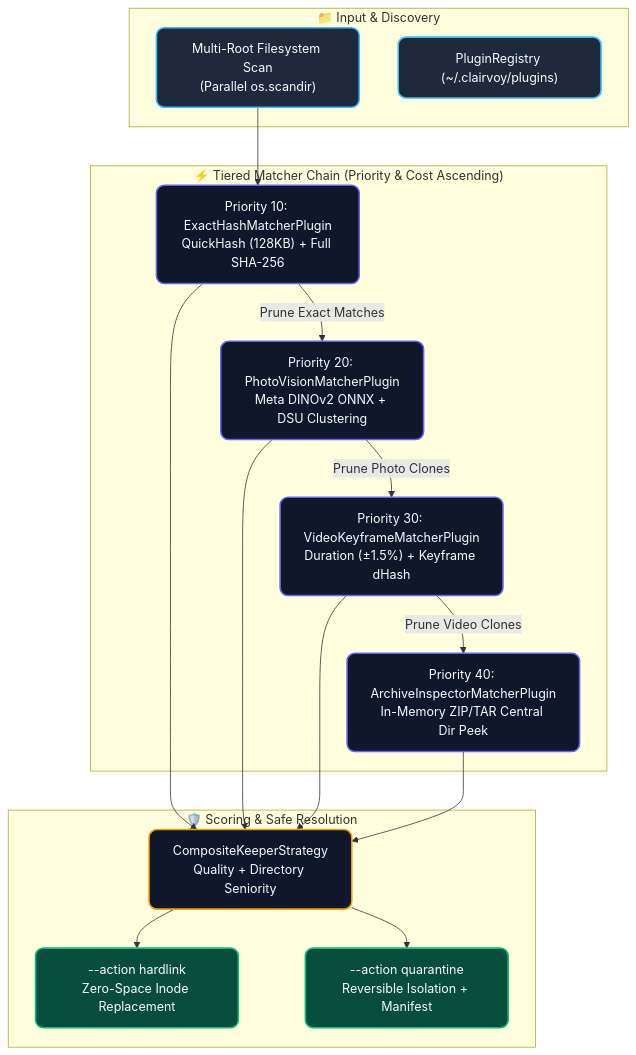
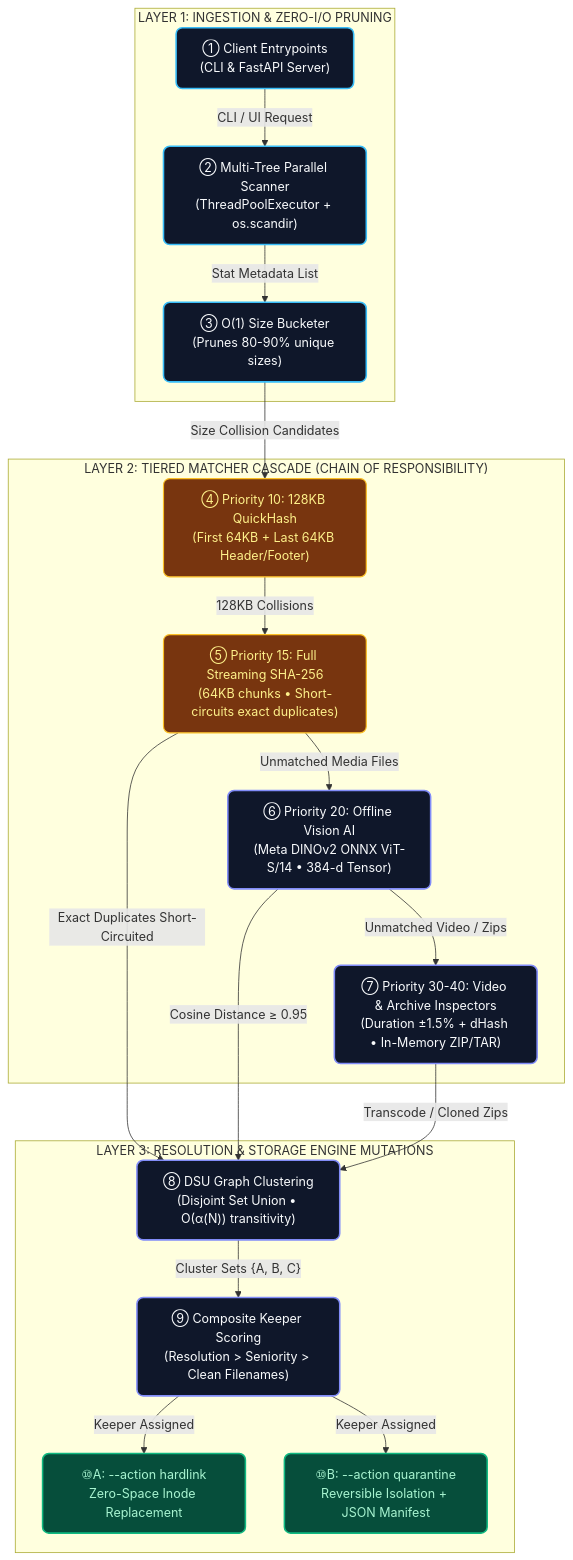
The diagram in README.md (shubhamshah207/clairvoy), drawn with Mermaid before and after one commit. The commit also changed other lines of this file and 17 other files, not shown here.

Commit message:
feat(docs): upgrade to ByteByteGo-style architecture diagram & authentic Playwright screenshots

````diff
--- a/README.md
+++ b/README.md
@@ -79,33 +79,41 @@
 ```mermaid
 graph TD
-    classDef inputStyle fill:#1e293b,stroke:#38bdf8,stroke-width:2px,color:#f8fafc,rx:10px;
-    classDef matcherStyle fill:#0f172a,stroke:#6366f1,stroke-width:2px,color:#f8fafc,rx:10px;
-    classDef keeperStyle fill:#0f172a,stroke:#f59e0b,stroke-width:2px,color:#f8fafc,rx:10px;
-    classDef actionStyle fill:#064e3b,stroke:#10b981,stroke-width:2px,color:#f8fafc,rx:10px;
+    classDef layer1 fill:#0f172a,stroke:#38bdf8,stroke-width:2px,color:#f8fafc,rx:8px;
+    classDef layer2 fill:#0f172a,stroke:#818cf8,stroke-width:2px,color:#f8fafc,rx:8px;
+    classDef layer3 fill:#0f172a,stroke:#34d399,stroke-width:2px,color:#f8fafc,rx:8px;
+    classDef amberBadge fill:#78350f,stroke:#fbbf24,stroke-width:1.5px,color:#fef08a,rx:8px;
+    classDef actionBadge fill:#064e3b,stroke:#10b981,stroke-width:2px,color:#a7f3d0,rx:8px;
 
-    subgraph INGESTION ["📁 Input & Discovery"]
-        Input["Multi-Root Filesystem Scan<br/>(Parallel os.scandir)"]:::inputStyle
-        Registry["PluginRegistry (~/.clairvoy/plugins)"]:::inputStyle
+    subgraph L1 ["LAYER 1: INGESTION & ZERO-I/O PRUNING"]
+        S1["① Client Entrypoints<br/>(CLI & FastAPI Server)"]:::layer1
+        S2["② Multi-Tree Parallel Scanner<br/>(ThreadPoolExecutor + os.scandir)"]:::layer1
+        S3["③ O(1) Size Bucketer<br/>(Prunes 80-90% unique sizes)"]:::layer1
     end
 
-    subgraph PIPELINE ["⚡ Tiered Matcher Chain (Priority & Cost Ascending)"]
-        M1["Priority 10: ExactHashMatcherPlugin<br/>QuickHash (128KB) + Full SHA-256"]:::matcherStyle
-        M2["Priority 20: PhotoVisionMatcherPlugin<br/>Meta DINOv2 ONNX + DSU Clustering"]:::matcherStyle
-        M3["Priority 30: VideoKeyframeMatcherPlugin<br/>Duration (±1.5%) + Keyframe dHash"]:::matcherStyle
-        M4["Priority 40: ArchiveInspectorMatcherPlugin<br/>In-Memory ZIP/TAR Central Dir Peek"]:::matcherStyle
+    subgraph L2 ["LAYER 2: TIERED MATCHER CASCADE (CHAIN OF RESPONSIBILITY)"]
+        S4["④ Priority 10: 128KB QuickHash<br/>(First 64KB + Last 64KB Header/Footer)"]:::amberBadge
+        S5["⑤ Priority 15: Full Streaming SHA-256<br/>(64KB chunks • Short-circuits exact duplicates)"]:::amberBadge
+        S6["⑥ Priority 20: Offline Vision AI<br/>(Meta DINOv2 ONNX ViT-S/14 • 384-d Tensor)"]:::layer2
+        S7["⑦ Priority 30-40: Video & Archive Inspectors<br/>(Duration ±1.5% + dHash • In-Memory ZIP/TAR)"]:::layer2
     end
 
-    subgraph RESOLUTION ["🛡️ Scoring & Safe Resolution"]
-        Keeper["CompositeKeeperStrategy<br/>Quality + Directory Seniority"]:::keeperStyle
-        A1["--action hardlink<br/>Zero-Space Inode Replacement"]:::actionStyle
-        A2["--action quarantine<br/>Reversible Isolation + Manifest"]:::actionStyle
+    subgraph L3 ["LAYER 3: RESOLUTION & STORAGE ENGINE MUTATIONS"]
+        S8["⑧ DSU Graph Clustering<br/>(Disjoint Set Union • O(α(N)) transitivity)"]:::layer2
+        S9["⑨ Composite Keeper Scoring<br/>(Resolution > Seniority > Clean Filenames)"]:::layer2
+        S10A["⑩A: --action hardlink<br/>Zero-Space Inode Replacement"]:::actionBadge
+        S10B["⑩B: --action quarantine<br/>Reversible Isolation + JSON Manifest"]:::actionBadge
     end
 
-    Input --> M1
-    M1 -- "Prune Exact Matches" --> M2
-    M2 -- "Prune Photo Clones" --> M3
-    M3 -- "Prune Video Clones" --> M4
-    M1 & M2 & M3 & M4 --> Keeper
-    Keeper --> A1
-    Keeper --> A2
+    S1 --> |"CLI / UI Request"| S2
+    S2 --> |"Stat Metadata List"| S3
+    S3 --> |"Size Collision Candidates"| S4
+    S4 --> |"128KB Collisions"| S5
+    S5 --> |"Exact Duplicates Short-Circuited"| S8
+    S5 --> |"Unmatched Media Files"| S6
+    S6 --> |"Cosine Distance ≥ 0.95"| S8
+    S6 --> |"Unmatched Video / Zips"| S7
+    S7 --> |"Transcode / Cloned Zips"| S8
+    S8 --> |"Cluster Sets {A, B, C}"| S9
+    S9 --> |"Keeper Assigned"| S10A
+    S9 --> |"Keeper Assigned"| S10B
 ```
````
